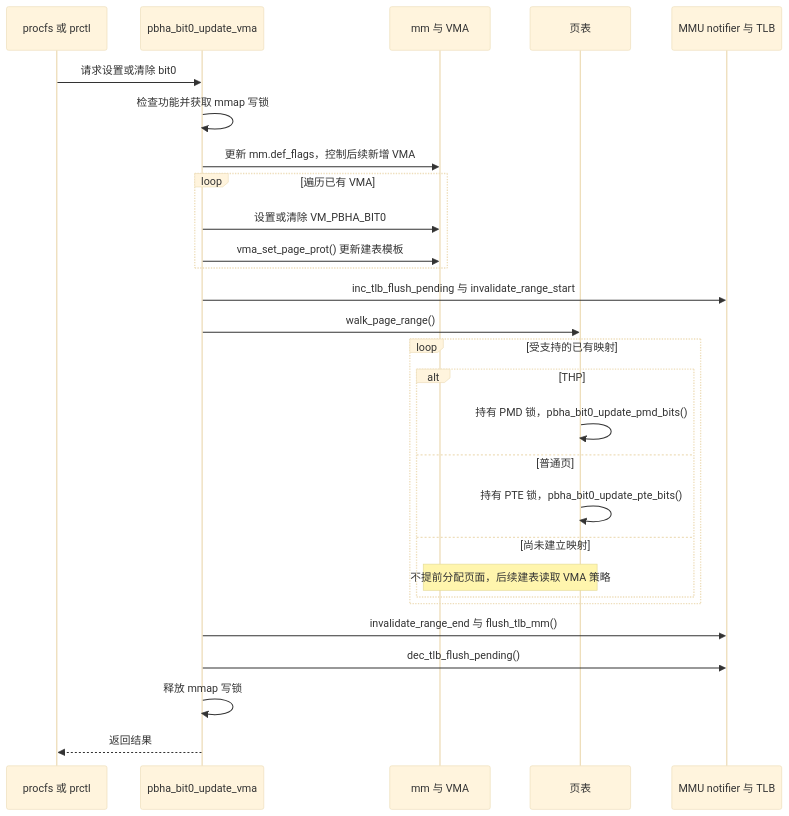
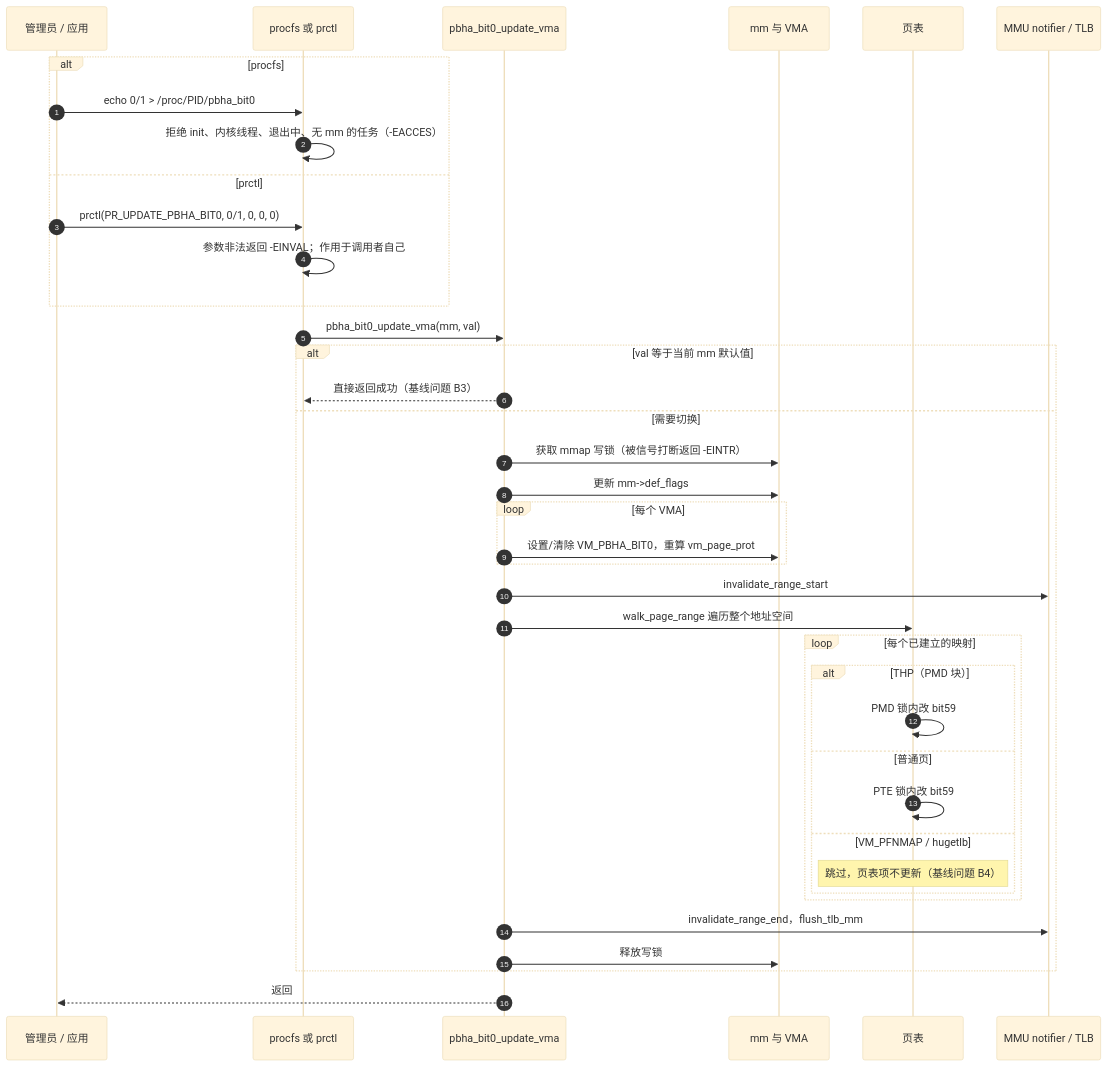
The fourth of 6 diagrams in PBHA特性设计说明书.md (xpzgg/llm-archive), drawn with Mermaid (base theme) before and after one commit. The commit also changed other lines of this file, not shown here.

First line of the commit message:
docs: 重写 PBHA 设计说明书，按流程给出时序图与测试要点

````diff
--- a/PBHA特性设计说明书.md
+++ b/PBHA特性设计说明书.md
@@ -291,30 +191,42 @@
 ```mermaid
 sequenceDiagram
-    participant U as procfs 或 prctl
-    participant UPDATE as pbha_bit0_update_vma
-    participant MM as mm 与 VMA
+    autonumber
+    participant U as 管理员 / 应用
+    participant IF as procfs 或 prctl
+    participant UPD as pbha_bit0_update_vma
+    participant VMA as mm 与 VMA
     participant PT as 页表
-    participant SYNC as MMU notifier 与 TLB
-    U->>UPDATE: 请求设置或清除 bit0
-    UPDATE->>UPDATE: 检查功能并获取 mmap 写锁
-    UPDATE->>MM: 更新 mm.def_flags，控制后续新增 VMA
-    loop 遍历已有 VMA
-        UPDATE->>MM: 设置或清除 VM_PBHA_BIT0
-        UPDATE->>MM: vma_set_page_prot() 更新建表模板
+    participant TLB as MMU notifier / TLB
+
+    alt procfs
+        U->>IF: echo 0/1 > /proc/PID/pbha_bit0
+        IF->>IF: 拒绝 init、内核线程、退出中、无 mm 的任务（-EACCES）
+    else prctl
+        U->>IF: prctl(PR_UPDATE_PBHA_BIT0, 0/1, 0, 0, 0)
+        IF->>IF: 参数非法返回 -EINVAL；作用于调用者自己
     end
-    UPDATE->>SYNC: inc_tlb_flush_pending 与 invalidate_range_start
-    UPDATE->>PT: walk_page_range()
-    loop 受支持的已有映射
-        alt THP
-            PT->>PT: 持有 PMD 锁，pbha_bit0_update_pmd_bits()
-        else 普通页
-            PT->>PT: 持有 PTE 锁，pbha_bit0_update_pte_bits()
-        else 尚未建立映射
-            Note over MM,PT: 不提前分配页面，后续建表读取 VMA 策略
+    IF->>UPD: pbha_bit0_update_vma(mm, val)
+    alt val 等于当前 mm 默认值
+        UPD-->>IF: 直接返回成功（基线问题 B3）
+    else 需要切换
+        UPD->>VMA: 获取 mmap 写锁（被信号打断返回 -EINTR）
+        UPD->>VMA: 更新 mm->def_flags
+        loop 每个 VMA
+            UPD->>VMA: 设置/清除 VM_PBHA_BIT0，重算 vm_page_prot
         end
+        UPD->>TLB: invalidate_range_start
+        UPD->>PT: walk_page_range 遍历整个地址空间
+        loop 每个已建立的映射
+            alt THP（PMD 块）
+                PT->>PT: PMD 锁内改 bit59
+            else 普通页
+                PT->>PT: PTE 锁内改 bit59
+            else VM_PFNMAP / hugetlb
+                Note over PT: 跳过，页表项不更新（基线问题 B4）
+            end
+        end
+        UPD->>TLB: invalidate_range_end，flush_tlb_mm
+        UPD->>VMA: 释放写锁
     end
-    UPDATE->>SYNC: invalidate_range_end 与 flush_tlb_mm()
-    UPDATE->>SYNC: dec_tlb_flush_pending()
-    UPDATE->>UPDATE: 释放 mmap 写锁
-    UPDATE-->>U: 返回结果
+    UPD-->>U: 返回
 ```
````
